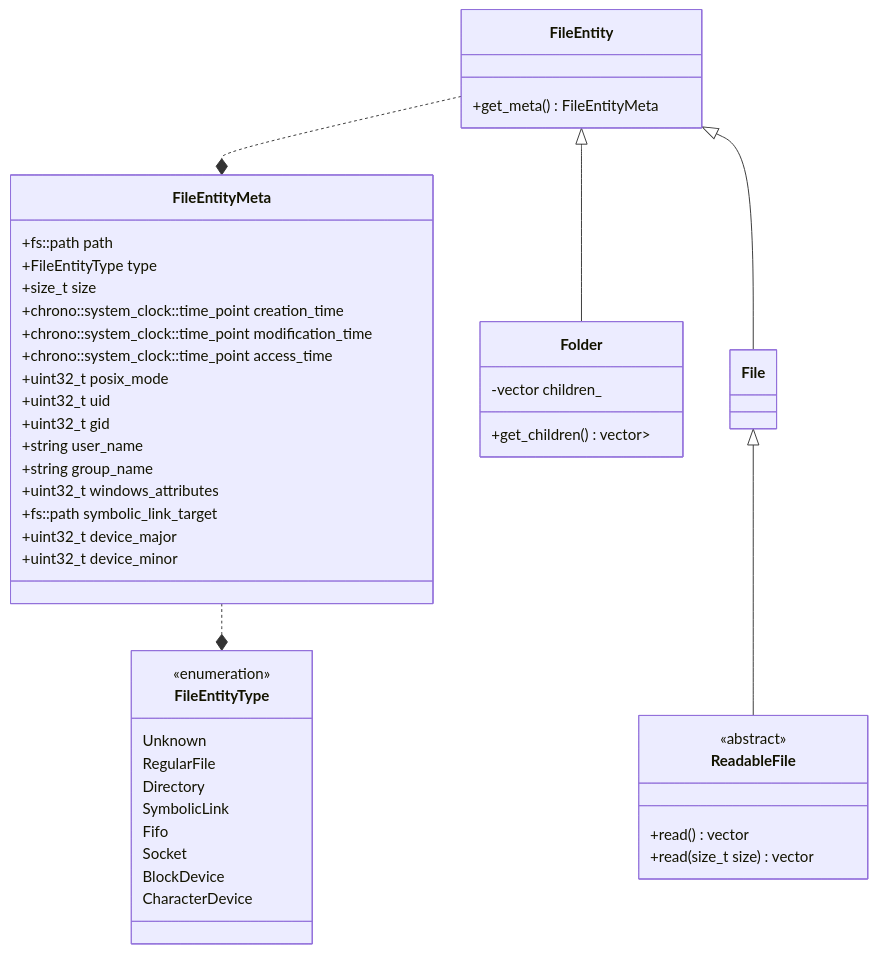
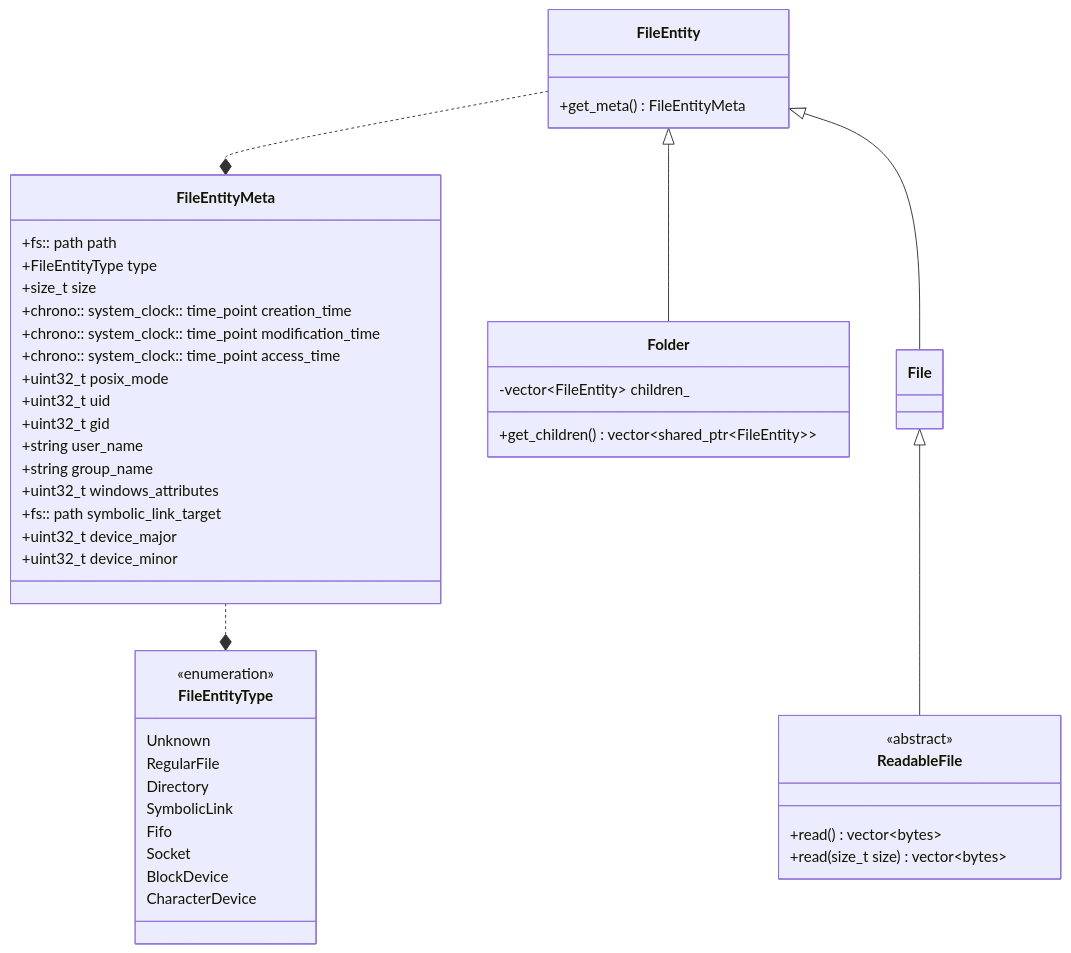
Before and after one commit to YinChenming/backup-suite: the first of 22 diagrams in docs/系统设计文档.md, drawn with Mermaid. The commit also changed other lines of this file and 2 other files, not shown here.

````diff
--- a/docs/系统设计文档.md
+++ b/docs/系统设计文档.md
@@ -166,48 +73,48 @@
 ```mermaid
 classDiagram
-class FileEntityType {
-    <<enumeration>>
-    Unknown
-    RegularFile
-    Directory
-    SymbolicLink
-    Fifo
-    Socket
-    BlockDevice
-    CharacterDevice
-}
-class FileEntityMeta {
-    +fs::path path
-    +FileEntityType type
-    +size_t size
-    +chrono::system_clock::time_point creation_time
-    +chrono::system_clock::time_point modification_time
-    +chrono::system_clock::time_point access_time
-    +uint32_t posix_mode
-    +uint32_t uid
-    +uint32_t gid
-    +string user_name
-    +string group_name
-    +uint32_t windows_attributes
-    +fs::path symbolic_link_target
-    +uint32_t device_major
-    +uint32_t device_minor
-}
-class FileEntity {
-    +get_meta() FileEntityMeta
-}
-class Folder {
-    -vector<FileEntity> children_
-    +get_children() vector<shared_ptr<FileEntity>>
-}
-class ReadableFile {
-    <<abstract>>
-    +read() vector<bytes>
-    +read(size_t size) vector<bytes>
-}
-FileEntityMeta ..* FileEntityType
-FileEntity ..* FileEntityMeta
-FileEntity <|-- File
-File <|-- ReadableFile
-FileEntity <|-- Folder
+    class FileEntityType {
+        <<enumeration>>
+        Unknown
+        RegularFile
+        Directory
+        SymbolicLink
+        Fifo
+        Socket
+        BlockDevice
+        CharacterDevice
+    }
+    class FileEntityMeta {
+        +fs:: path path
+        +FileEntityType type
+        +size_t size
+        +chrono:: system_clock:: time_point creation_time
+        +chrono:: system_clock:: time_point modification_time
+        +chrono:: system_clock:: time_point access_time
+        +uint32_t posix_mode
+        +uint32_t uid
+        +uint32_t gid
+        +string user_name
+        +string group_name
+        +uint32_t windows_attributes
+        +fs:: path symbolic_link_target
+        +uint32_t device_major
+        +uint32_t device_minor
+    }
+    class FileEntity {
+        +get_meta() FileEntityMeta
+    }
+    class Folder {
+        -vector~FileEntity~ children_
+        +get_children() vector~shared_ptr~FileEntity~~
+    }
+    class ReadableFile {
+        <<abstract>>
+        +read() vector~bytes~
+        +read(size_t size) vector~bytes~
+    }
+    FileEntityMeta ..* FileEntityType
+    FileEntity ..* FileEntityMeta
+    FileEntity <|-- File
+    File <|-- ReadableFile
+    FileEntity <|-- Folder
 ```
````
